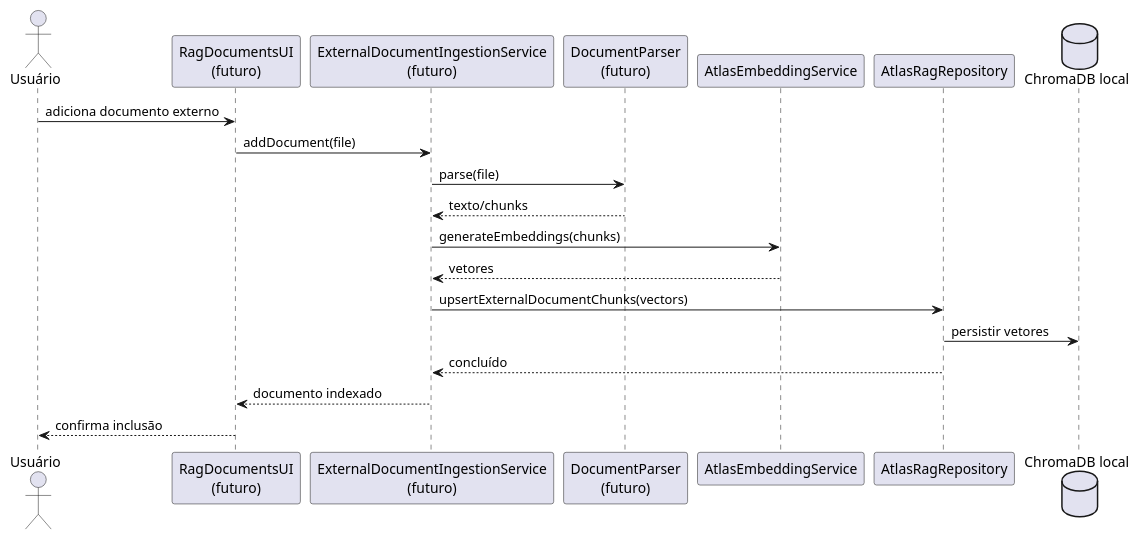
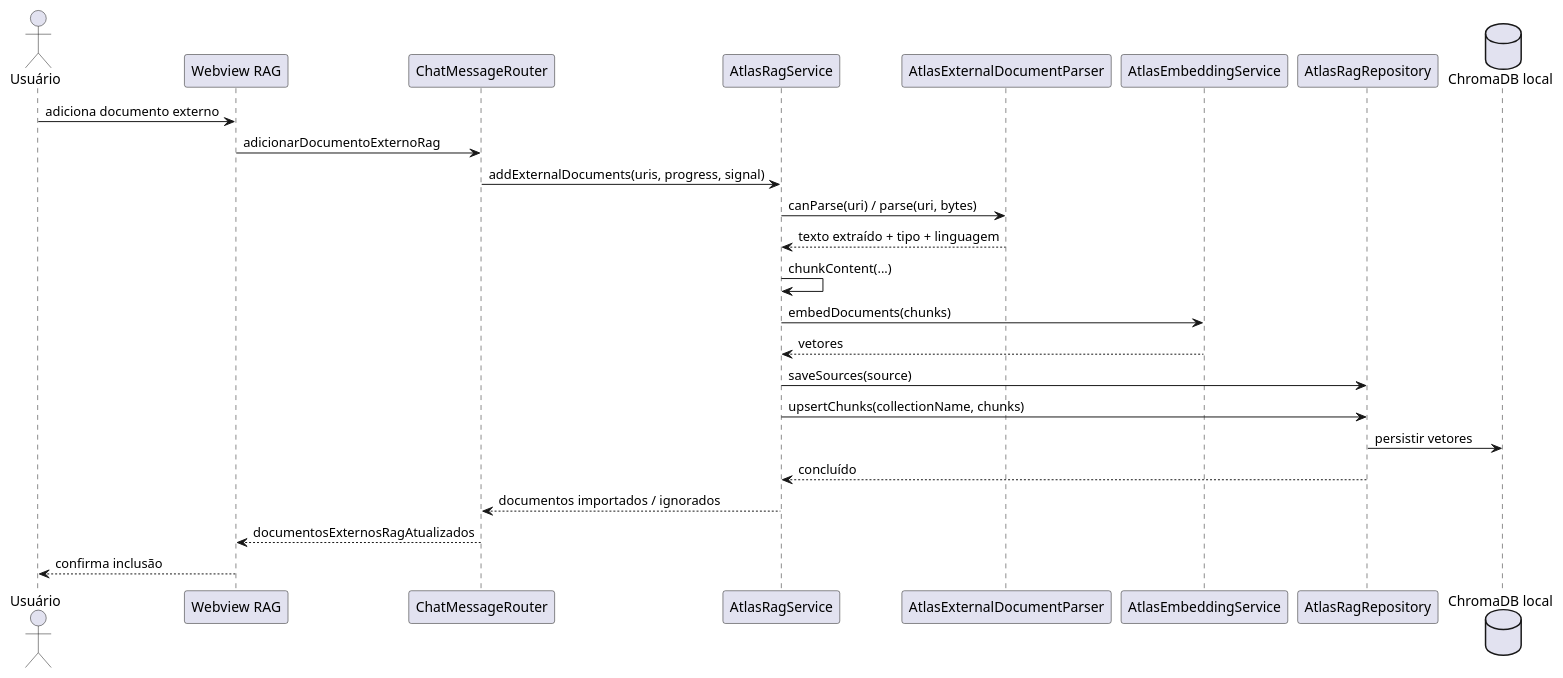
One commit to JVictorVI/ATLAS changed diagram 40 of 40 in docs/plantuml-diagramas-por-caso-de-uso-atlas.md. Above: the diagram before and after it, drawn with PlantUML. The commit also changed other lines of this file and 16 other files, not shown here.

````diff
--- a/docs/plantuml-diagramas-por-caso-de-uso-atlas.md
+++ b/docs/plantuml-diagramas-por-caso-de-uso-atlas.md
@@ -1387,24 +1424,29 @@
 ```plantuml
 @startuml
 skinparam shadowing false
 actor Usuário
-participant "RagDocumentsUI\n(futuro)" as UI
-participant "ExternalDocumentIngestionService\n(futuro)" as Ingestion
-participant "DocumentParser\n(futuro)" as Parser
+participant "Webview RAG" as UI
+participant ChatMessageRouter as Router
+participant AtlasRagService as RAG
+participant AtlasExternalDocumentParser as Parser
 participant AtlasEmbeddingService as Embeddings
 participant AtlasRagRepository as Repository
 database "ChromaDB local" as Chroma
 
 Usuário -> UI : adiciona documento externo
-UI -> Ingestion : addDocument(file)
-Ingestion -> Parser : parse(file)
-Parser --> Ingestion : texto/chunks
-Ingestion -> Embeddings : generateEmbeddings(chunks)
-Embeddings --> Ingestion : vetores
-Ingestion -> Repository : upsertExternalDocumentChunks(vectors)
+UI -> Router : adicionarDocumentoExternoRag
+Router -> RAG : addExternalDocuments(uris, progress, signal)
+RAG -> Parser : canParse(uri) / parse(uri, bytes)
+Parser --> RAG : texto extraído + tipo + linguagem
+RAG -> RAG : chunkContent(...)
+RAG -> Embeddings : embedDocuments(chunks)
+Embeddings --> RAG : vetores
+RAG -> Repository : saveSources(source)
+RAG -> Repository : upsertChunks(collectionName, chunks)
 Repository -> Chroma : persistir vetores
-Repository --> Ingestion : concluído
-Ingestion --> UI : documento indexado
+Repository --> RAG : concluído
+RAG --> Router : documentos importados / ignorados
+Router --> UI : documentosExternosRagAtualizados
 UI --> Usuário : confirma inclusão
 @enduml
 ```
````
